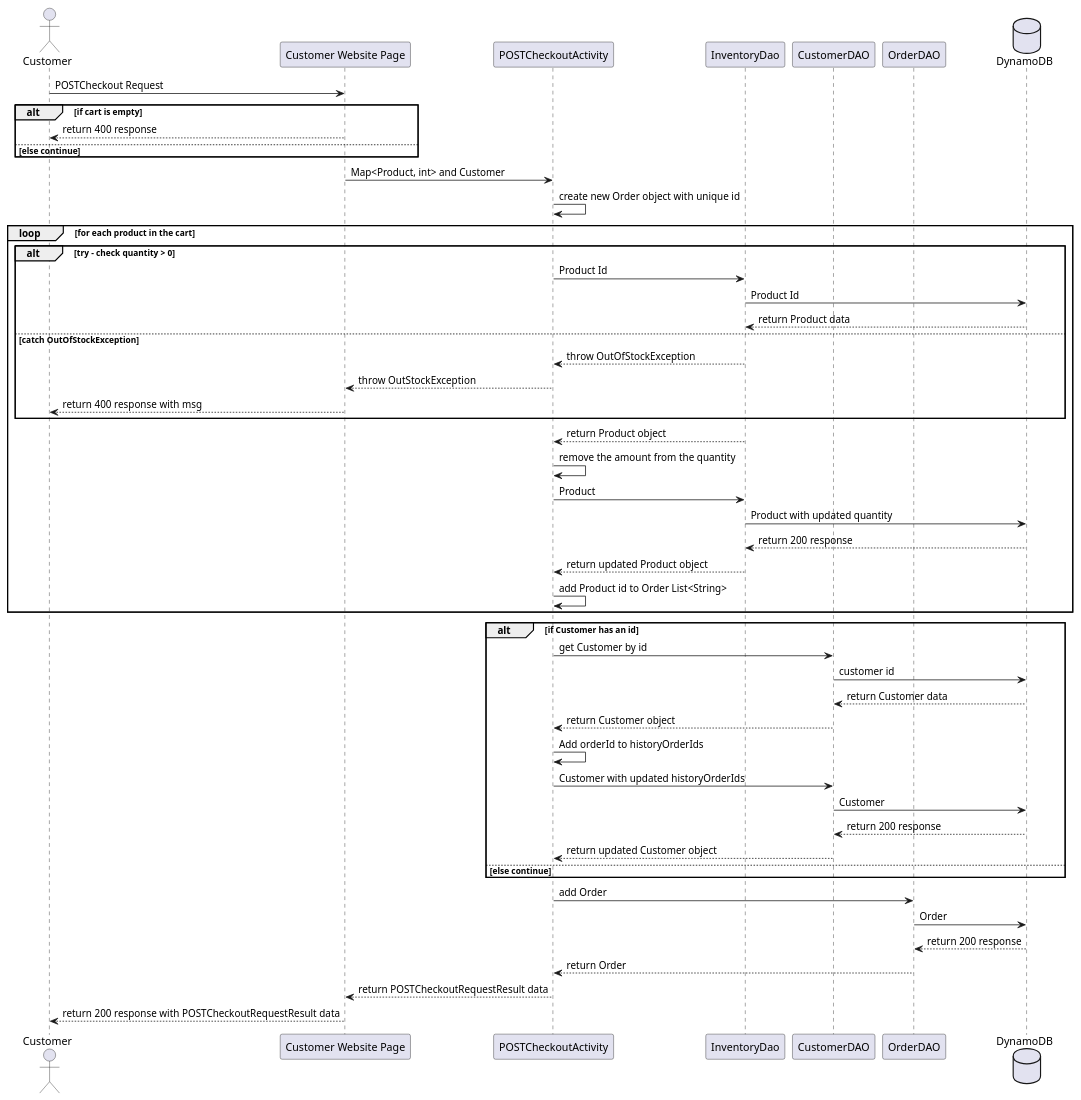
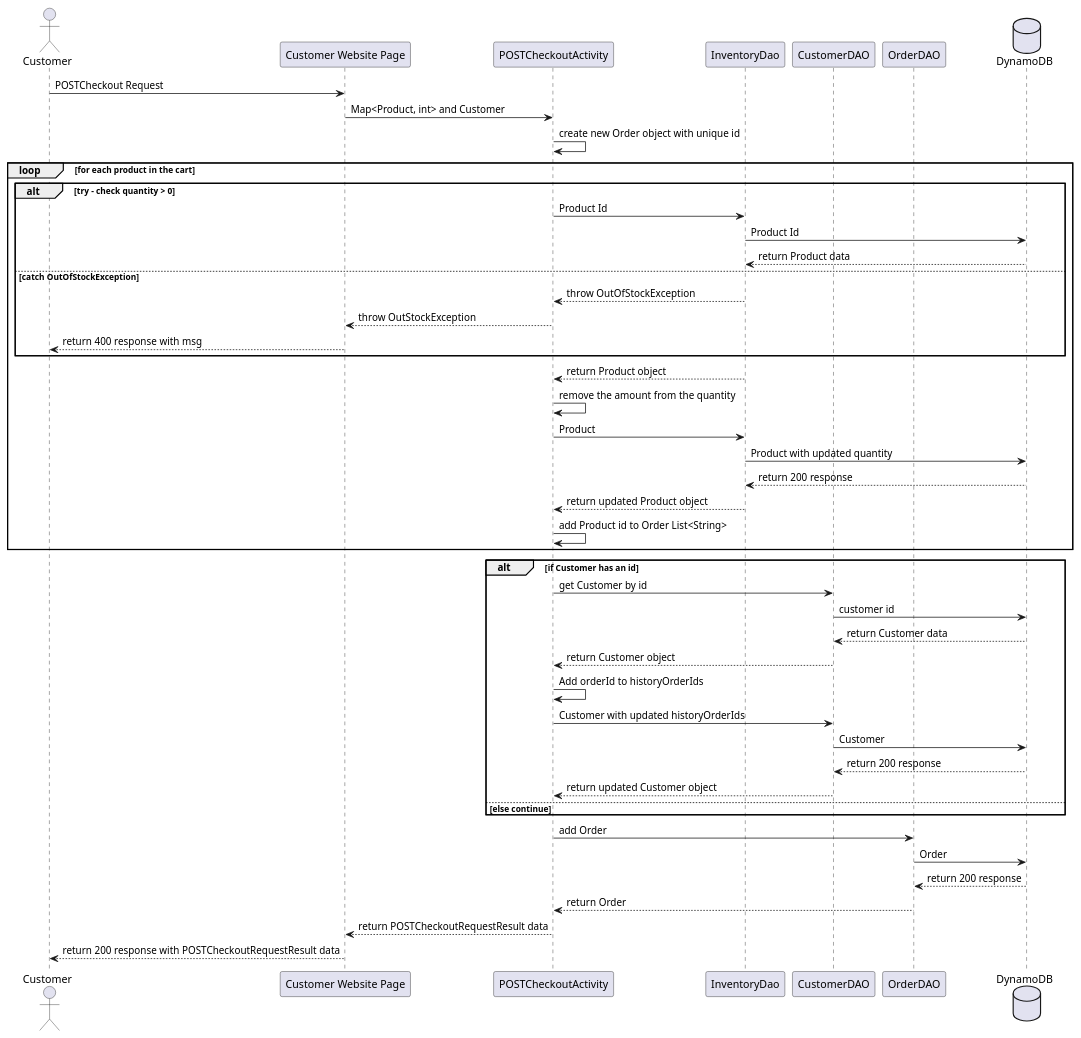
One commit to sylviamohos/CoolWithCouleBackend changed the diagram in project_documents/Design/Sequence Diagrams/POST/POSTCheckoutRequest.puml. Above: the diagram before and after it, drawn with PlantUML.

Commit message:
Diagram Updates

```diff
--- a/project_documents/Design/Sequence Diagrams/POST/POSTCheckoutRequest.puml
+++ b/project_documents/Design/Sequence Diagrams/POST/POSTCheckoutRequest.puml
@@ -1,57 +1,53 @@
 @startuml
 'https://plantuml.com/sequence-diagram
 
 actor "Customer" as client
 participant "Customer Website Page" as apiGateway
 participant "POSTCheckoutActivity" as postCheckoutActivity
 participant "InventoryDao" as inventoryDao
 participant "CustomerDAO" as customerDao
 participant "OrderDAO" as orderDao
 database "DynamoDB" as dynamoDB
 
 client -> apiGateway : POSTCheckout Request
-alt if cart is empty
-apiGateway --> client : return 400 response
-else else continue
-end
 apiGateway -> postCheckoutActivity : Map<Product, int> and Customer
 postCheckoutActivity -> postCheckoutActivity : create new Order object with unique id
 loop for each product in the cart
 alt try - check quantity > 0
 postCheckoutActivity -> inventoryDao : Product Id
 inventoryDao -> dynamoDB : Product Id
 dynamoDB --> inventoryDao : return Product data
 else catch OutOfStockException
 inventoryDao --> postCheckoutActivity : throw OutOfStockException
 postCheckoutActivity --> apiGateway : throw OutStockException
 apiGateway --> client : return 400 response with msg
 end
 inventoryDao --> postCheckoutActivity : return Product object
 postCheckoutActivity -> postCheckoutActivity : remove the amount from the quantity
 postCheckoutActivity -> inventoryDao : Product
 inventoryDao -> dynamoDB : Product with updated quantity
 dynamoDB --> inventoryDao : return 200 response
 inventoryDao --> postCheckoutActivity : return updated Product object
 postCheckoutActivity -> postCheckoutActivity : add Product id to Order List<String>
 end
 alt if Customer has an id
 postCheckoutActivity -> customerDao : get Customer by id
 customerDao -> dynamoDB : customer id
 dynamoDB --> customerDao : return Customer data
 customerDao --> postCheckoutActivity : return Customer object
 postCheckoutActivity -> postCheckoutActivity : Add orderId to historyOrderIds
 postCheckoutActivity -> customerDao : Customer with updated historyOrderIds
 customerDao -> dynamoDB : Customer
 dynamoDB --> customerDao : return 200 response
 customerDao --> postCheckoutActivity : return updated Customer object
 
 else else continue
 end
 postCheckoutActivity -> orderDao : add Order
 orderDao -> dynamoDB : Order
 dynamoDB --> orderDao : return 200 response
 orderDao --> postCheckoutActivity : return Order
 postCheckoutActivity --> apiGateway : return POSTCheckoutRequestResult data
 apiGateway --> client : return 200 response with POSTCheckoutRequestResult data
 
 @enduml
```
